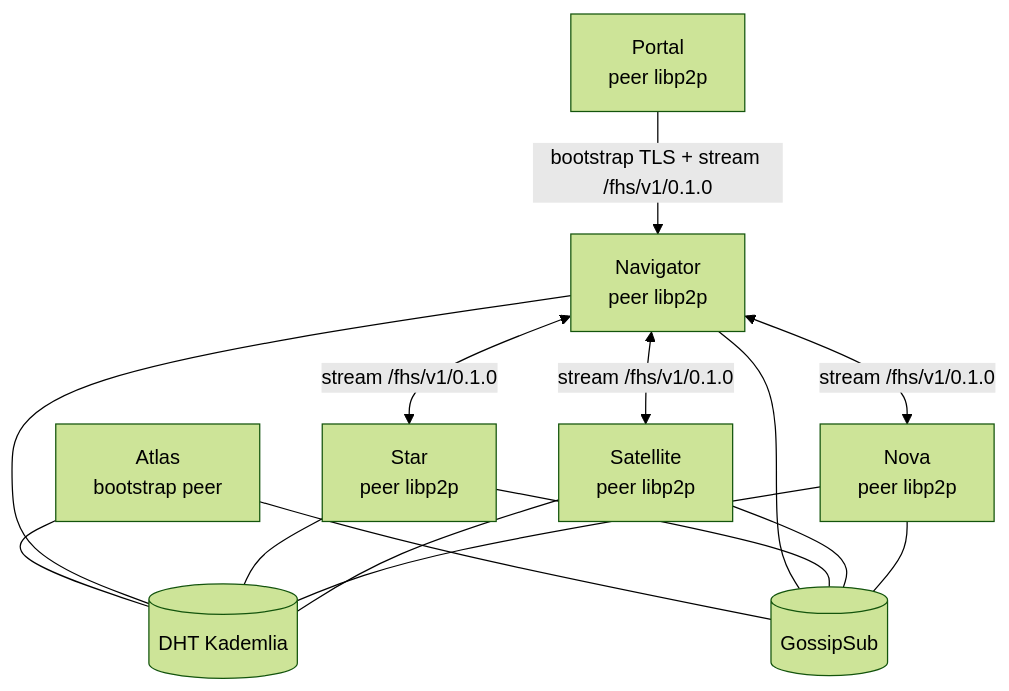
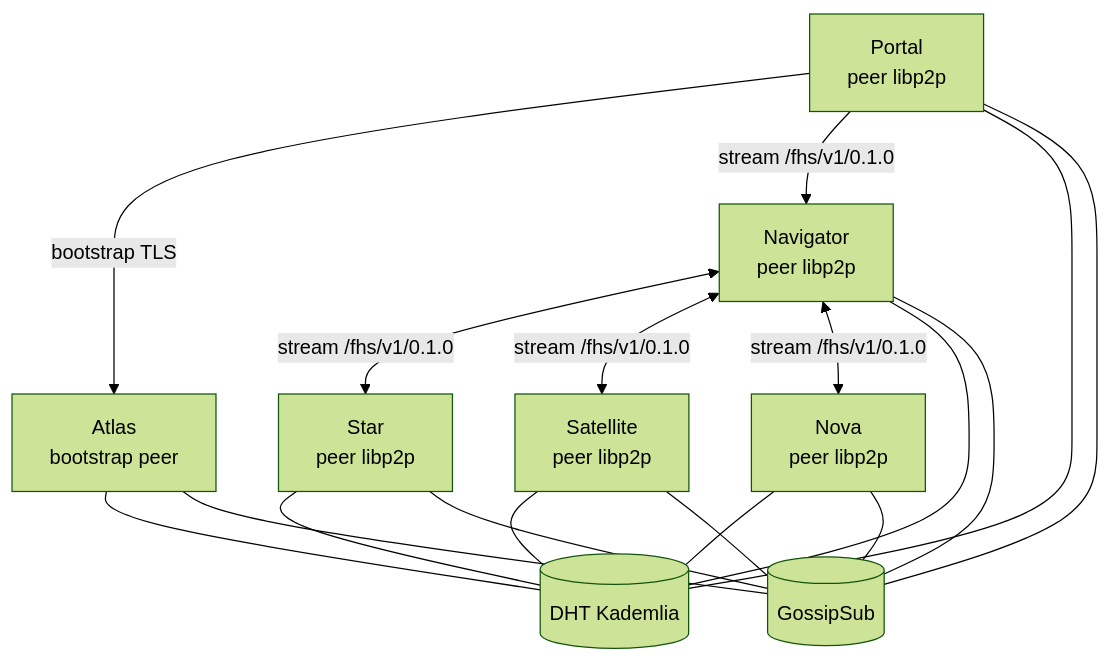
Before and after one commit to rafex/galaxIA: the first of 2 diagrams in docs/network.md, drawn with Mermaid (forest theme). The commit also changed other lines of this file and 2 other files, not shown here.

Commit message:
docs: document dynamic portal discovery

````diff
--- a/docs/network.md
+++ b/docs/network.md
@@ -34,26 +34,29 @@
 ```mermaid
 graph TB
     ATLAS["Atlas\nbootstrap peer"]
     PORTAL["Portal\npeer libp2p"]
     NAV["Navigator\npeer libp2p"]
     STAR["Star\npeer libp2p"]
     SAT["Satellite\npeer libp2p"]
     NOVA["Nova\npeer libp2p"]
     DHT[("DHT Kademlia")]
     GOSSIP[("GossipSub")]
 
-    PORTAL -->|"bootstrap TLS + stream /fhs/v1/0.1.0"| NAV
+    PORTAL -->|"bootstrap TLS"| ATLAS
+    PORTAL -->|"stream /fhs/v1/0.1.0"| NAV
     NAV <-->|"stream /fhs/v1/0.1.0"| STAR
     NAV <-->|"stream /fhs/v1/0.1.0"| SAT
     NAV <-->|"stream /fhs/v1/0.1.0"| NOVA
+    PORTAL --- DHT
     ATLAS --- DHT
     NAV --- DHT
     STAR --- DHT
     SAT --- DHT
     NOVA --- DHT
+    PORTAL --- GOSSIP
     ATLAS --- GOSSIP
     NAV --- GOSSIP
     STAR --- GOSSIP
     SAT --- GOSSIP
     NOVA --- GOSSIP
 ```
````
